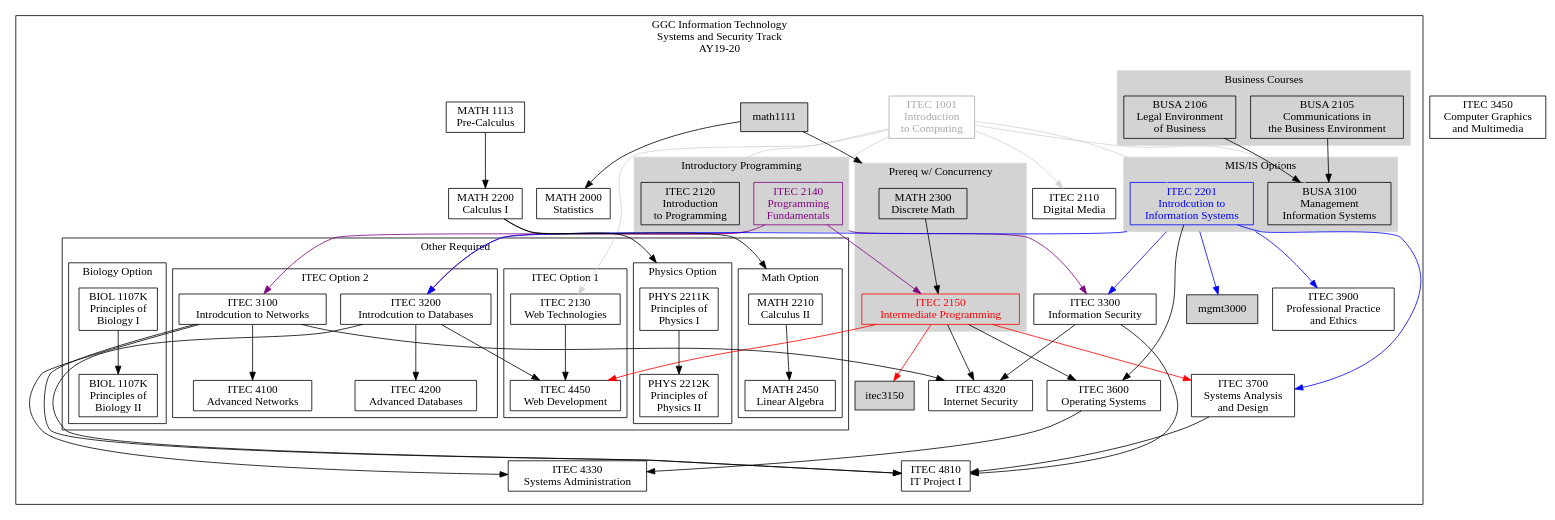
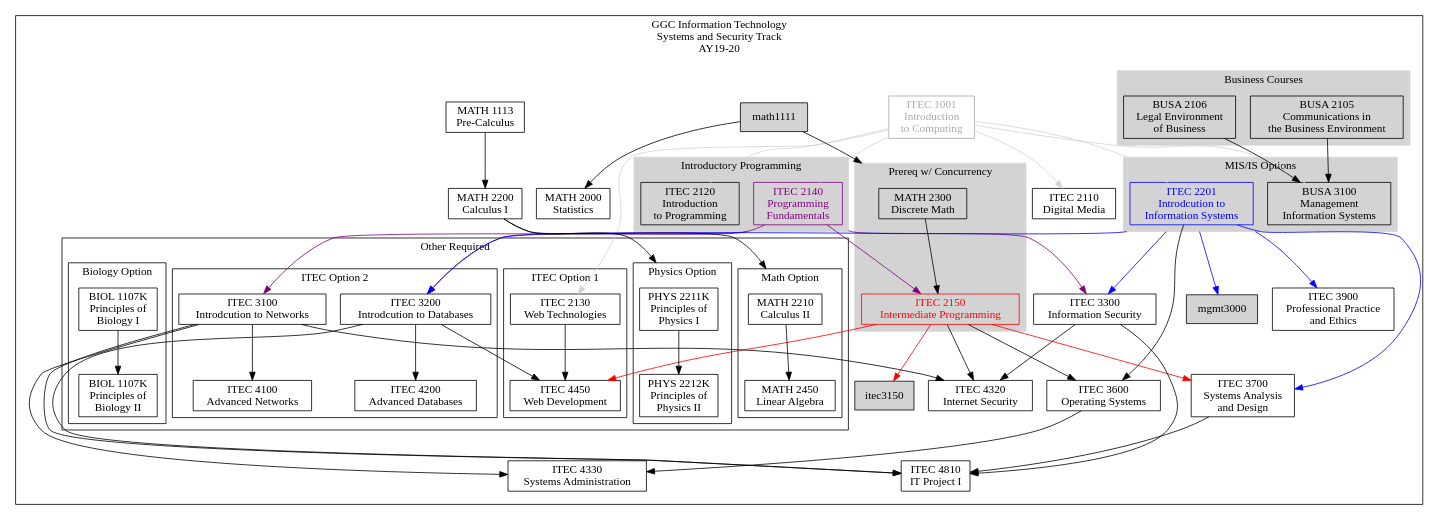
The diagram in AY19-20/SystemsSecurity.dot (rjlutz/itec-plans), drawn with Graphviz before and after one commit. The commit also changed 9 other files, not shown here.

```diff
--- a/AY19-20/SystemsSecurity.dot
+++ b/AY19-20/SystemsSecurity.dot
@@ -15,7 +15,6 @@
     itec2201[label = "ITEC 2201\nIntrodcution to\nInformation Systems" color=blue fontcolor=blue]
     itec3100[label = "ITEC 3100\nIntrodcution to Networks"]
     itec3200[label = "ITEC 3200\nIntrodcution to Databases"]
-    itec3450[label = "ITEC 3450\nComputer Graphics\nand Multimedia"]
     itec3900[label = "ITEC 3900\nProfessional Practice\nand Ethics"]
     busa2105[label = "BUSA 2105\nCommunications in\nthe Business Environment"]
     busa2106[label = "BUSA 2106\nLegal Environment\nof Business"]
@@ -24,24 +23,6 @@
     math2300[label = "MATH 2300\nDiscrete Math"]
     math2000[label = "MATH 2000\nStatistics"]
     math2200[label = "MATH 2200\nCalculus I"]
-
-    // Software Development 
-    // itec3150[label = "ITEC 3150\nAdvanced Programming"]
-    // itec3700[label = "ITEC 3700\nSystems Analysis\nand Design"]
-    // itec3860[label = "ITEC 3860\nSoftware Development I"]
-    // itec3870[label = "ITEC 3870\nSoftware Development II"]
-    // itec4100[label = "ITEC 4100\nAdvanced Networks"]
-    // itec4260[label = "ITEC 4260\nSoftware Testing and QA"]
-    // itec4860[label = "ITEC 4860\nSoftware Development\nProject"]
-    // itec4450[label = "ITEC 4450\nWeb Development"]
-    // itec4550[label = "ITEC 4550\nMobile Application\nDevelopment"]
-    // itec4650[label = "ITEC 4650\nGame Development"]
-    // math2210[label = "MATH 2210\nCalculus II"]
-    // math2450[label = "MATH 2450\nLinear Algebra"]
-    // phys2211k[label = "PHYS 2211K\nPrinciples of\nPhysics I"]
-    // phys2212k[label = "PHYS 2212K\nPrinciples of\nPhysics II"]
-    // biol1107k[label = "BIOL 1107K\nPrinciples of\nBiology I"]
-    // biol1108k[label = "BIOL 1107K\nPrinciples of\nBiology II"]
 
     //Systems and Seurity
     itec3300[label = "ITEC 3300\nInformation Security"]
@@ -59,60 +40,6 @@
     phys2212k[label = "PHYS 2212K\nPrinciples of\nPhysics II"]
     biol1107k[label = "BIOL 1107K\nPrinciples of\nBiology I"]
     biol1108k[label = "BIOL 1107K\nPrinciples of\nBiology II"]
-
-    // Enterprise Systems
-    // itec3350[label = "ITEC 3350\nDigital Commerce"]
-    // itec3700[label = "ITEC 3700\nSystems Analysis\nand Design"]
-    // itec4150[label = "ITEC 4150\nEnterprise Process Integration"]
-    // itec4200[label = "ITEC 4200\nAdvanced Databases"]
-    // itec4210[label = "ITEC 4210\nInformation Analytics"]
-    // itec4750[label = "ITEC 4750\nEnterprise Architecture Design"]
-    // itec4900[label = "ITEC 4900\nInformation Technology Internship"]
-    // stec4500[label = "STEC 4500\nUndergraduate Research"]
-    // areaF[label = "Area F Completed"]
-    // instructorapproval[label = "Instructor Approval"]
-    // acct2101[label = "ACCT 2101\nIntroduction to Financial Accounting"]
-    // acct2102[label = "ACCT 2102\nIntroduction to Mangerial Accounting"]
-    // mgmt3000[label = "MGMT 3000\nPrinciples of\nManagement"]
-    // mgmt4220[label = "MGMT 4220\nProject Management"]
-
-    // Data Science and Analytics
-    // itec3150[label = "ITEC 3150\nAdvanced Programming"]
-    // itec3700[label = "ITEC 3700\nSystems Analysis\nand Design"]
-    // itec3860[label = "ITEC 3860\nSoftware Development I"]
-    // itec3870[label = "ITEC 3870\nSoftware Development II"]
-    // itec4150[label = "ITEC 4150\nEnterprise Process Integration"]
-    // itec4200[label = "ITEC 4200\nAdvanced Databases"]
-    // itec4210[label = "ITEC 4210\nInformation Analytics"]
-    // itec4220[label = "ITEC 4220\nAdvanced Data Analytics"]
-    // itec4230[label = "ITEC 4230\nData Science & Analytics Capstone Project"]
-    // itec4750[label = "ITEC 4750\nEnterprise Architecture Design"]
-    // itec4700[label = "ITEC 4700\nArtificial Intelligence"]
-    // busb3100[label = "BUSA 3100\nManagement \nInformation Systems"] //  a hack, a copy for DSA 
-    // domain1[label = "Domain Elective 1"]
-    // domain2[label = "Domain Elective 2"]
-    // domain3[label = "Domain Elective 3"]
-    // math1111[label = "MATH 1111\nCollege Algebra"]
-    // math2450[label = "MATH 2450\nLinear Algebra"]
-
-    // Digital Media
-    // itec3450[label = "ITEC 3450\nComputer Graphics\nand Multimedia"]
-    // itec4110[label = "ITEC 4110\nDigital Media Capstone Project"]
-    // itec4130[label = "ITEC 4130\nHuman Computer Interaction"]
-    // itec4450[label = "ITEC 4450\nWeb Development"]
-    // itec4550[label = "ITEC 4550\nMobile Application\nDevelopment"]
-    // itec4650[label = "ITEC 4650\nGame Development"]
-    // areaC[label = "Area C Completed"]
-    // arts2010[label = "ARTS 2010\nDrawing I"]
-    // arts2020[label = "ARTS 2020\nDrawing II"]
-    // math1111[label = "MATH 1111\nCollege Algebra"]
-    // engl1101[label = "ENGL 1101\nEnglish Composition I"]
-    // engl1102[label = "ENGL 1102\nEnglish Composition II"]
-    // engl3880[label = "ENGL 3880\nWriting and Digital Media"]
-    // film1005[label = "FILM 1005\nIntroduction\nto Film"] 
-    // film3010[label = "FILM 3010\nVideo Production I"]
-    // musc3050[label = "MUSC 3050\nMusic Theory I"]
-    // musc3550[label = "MUSC 3550\nMusic Production and Sound Design"]
 
 
     subgraph clusterss {
```
